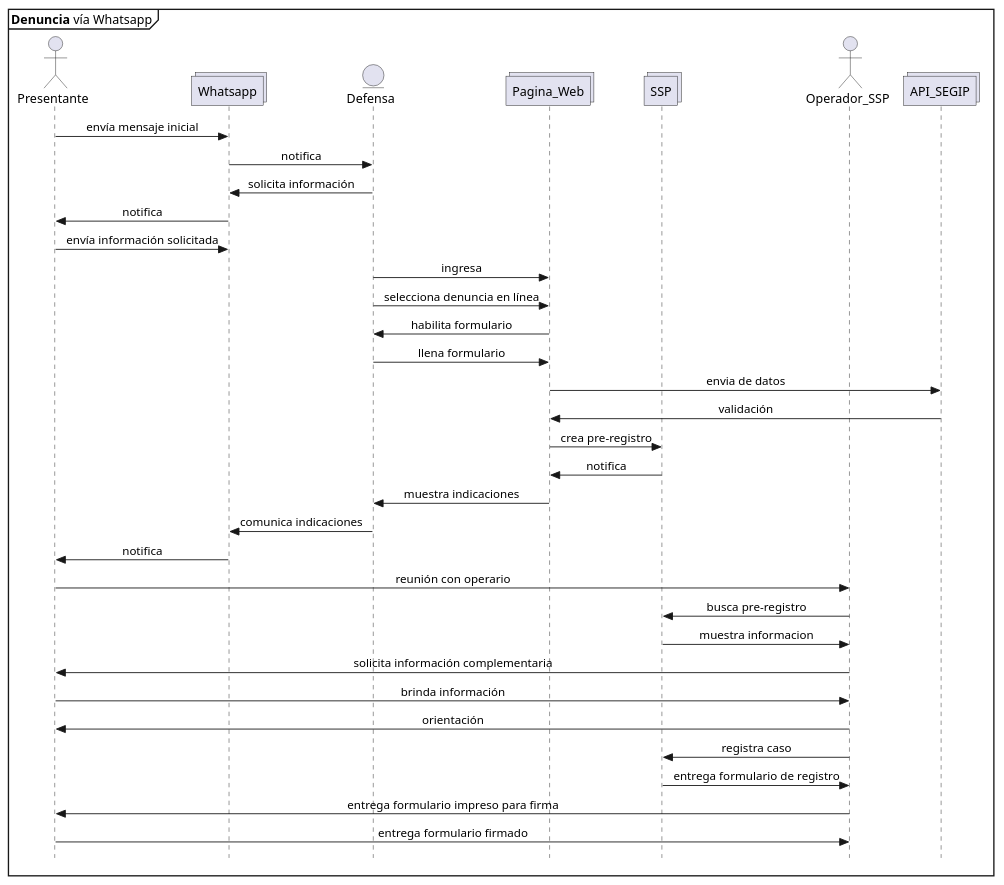
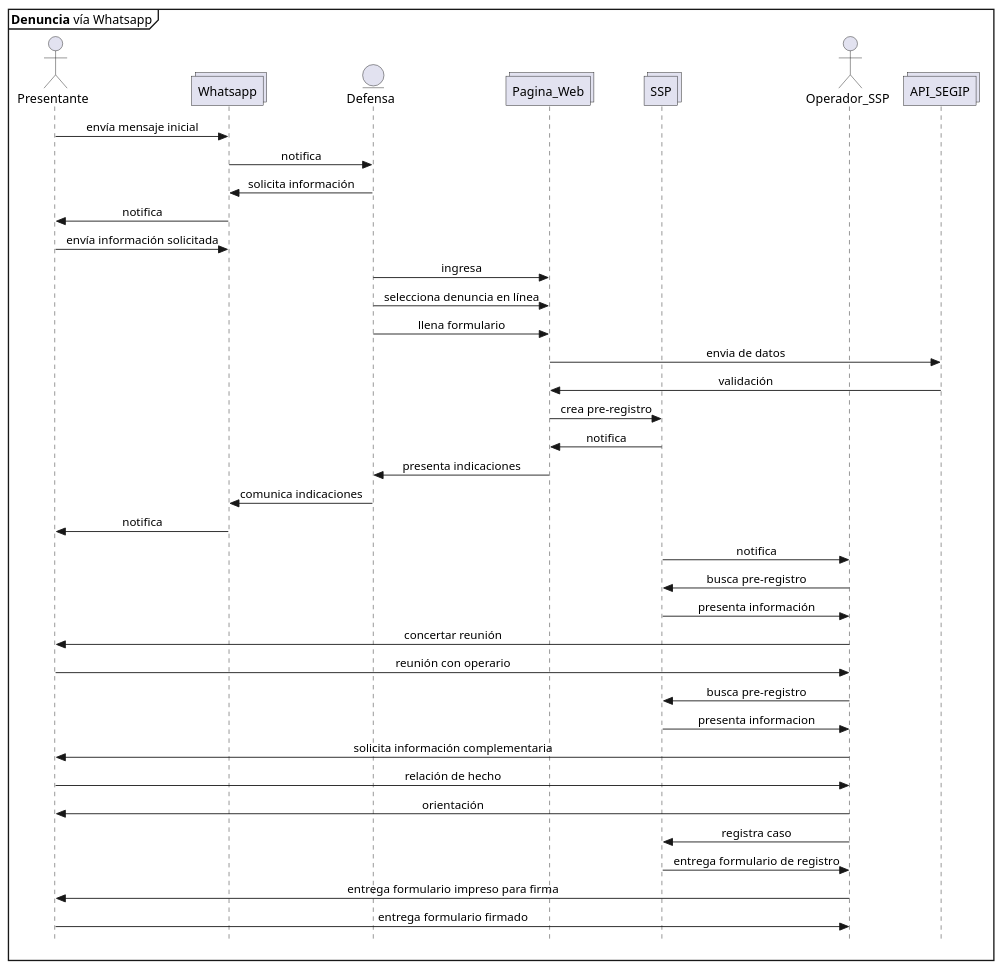
One commit to n1m0d0/defdiag changed the diagram in propuesta SSP/02 denuncia via watsapp.plantuml. Above: the diagram before and after it, drawn with PlantUML. The commit also changed 14 other files, not shown here.

Commit message:
ajustes a los diagramas

```diff
--- a/propuesta SSP/02 denuncia via watsapp.plantuml
+++ b/propuesta SSP/02 denuncia via watsapp.plantuml
@@ -1,43 +1,46 @@
 @startuml Denuncia_Whatsapp
 skinparam Style strictuml
 skinparam SequenceMessageAlignment center
 
 mainframe **Denuncia** vía Whatsapp
 
 actor Presentante as pre
 collections Whatsapp
 entity Defensa as def
 collections Pagina_Web as web
 collections SSP 
 actor Operador_SSP as opssp
 collections API_SEGIP as segip
 
 
 pre -> Whatsapp : envía mensaje inicial
 Whatsapp -> def : notifica
 def -> Whatsapp : solicita información
 Whatsapp->pre: notifica
 pre -> Whatsapp : envía información solicitada
 def -> web : ingresa
 def -> web : selecciona denuncia en línea
-web -> def : habilita formulario
 def -> web : llena formulario
 web -> segip : envia de datos
 segip -> web : validación 
 web->SSP : crea pre-registro
 SSP->web : notifica
-web->def : muestra indicaciones
+web->def : presenta indicaciones
 def->Whatsapp : comunica indicaciones
 Whatsapp->pre: notifica
+SSP->opssp : notifica
+opssp->SSP : busca pre-registro
+SSP->opssp : presenta información
+opssp->pre : concertar reunión
 pre->opssp : reunión con operario
 opssp->SSP : busca pre-registro
-SSP->opssp : muestra informacion
+SSP->opssp : presenta informacion
 opssp -> pre : solicita información complementaria
-pre->opssp : brinda información
+pre->opssp : relación de hecho
 opssp->pre : orientación
 opssp->SSP : registra caso
 SSP->opssp : entrega formulario de registro
 opssp->pre : entrega formulario impreso para firma
 pre->opssp : entrega formulario firmado
 
 @enduml
```
